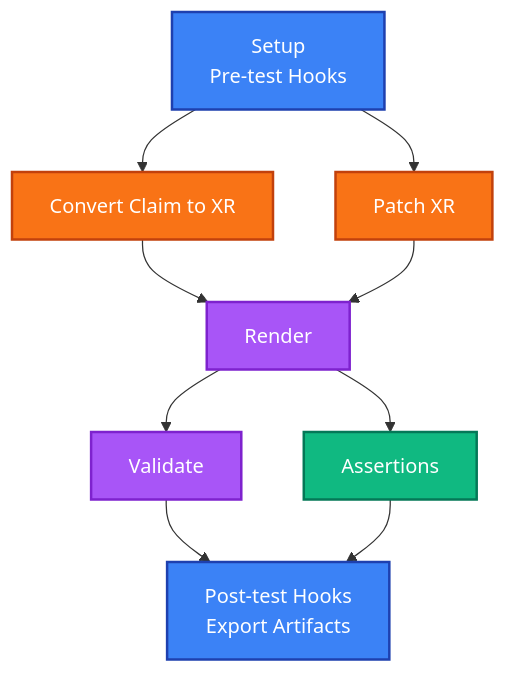
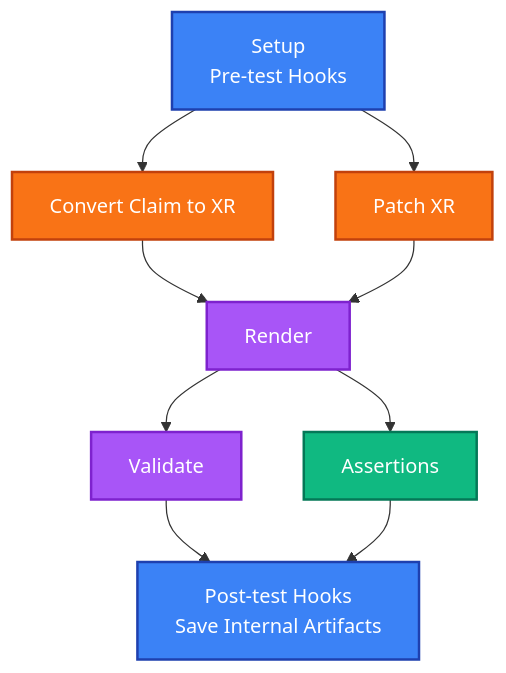
One commit to crossplane-contrib/xprin changed the diagram in README.md. Above: the diagram before and after it, drawn with Mermaid. The commit also changed other lines of this file and 14 other files, not shown here.

First line of the commit message:
refactor(runner): name internal and external artifacts consistently

````diff
--- a/README.md
+++ b/README.md
@@ -141,19 +141,19 @@
 ```mermaid
 flowchart TD
     A["Setup<br/>Pre-test Hooks"] --> B[Convert Claim to XR]
     A --> C[Patch XR]
     B --> D[Render]
     C --> D
     D --> E[Validate]
     D --> F[Assertions]
-    E --> G[Post-test Hooks<br/>Export Artifacts]
+    E --> G[Post-test Hooks<br/>Save Internal Artifacts]
     F --> G
 
     style A fill:#3b82f6,stroke:#1e40af,stroke-width:2px,color:#fff
     style B fill:#f97316,stroke:#c2410c,stroke-width:2px,color:#fff
     style C fill:#f97316,stroke:#c2410c,stroke-width:2px,color:#fff
     style D fill:#a855f7,stroke:#7e22ce,stroke-width:2px,color:#fff
     style E fill:#a855f7,stroke:#7e22ce,stroke-width:2px,color:#fff
     style F fill:#10b981,stroke:#047857,stroke-width:2px,color:#fff
     style G fill:#3b82f6,stroke:#1e40af,stroke-width:2px,color:#fff
 ```
````
